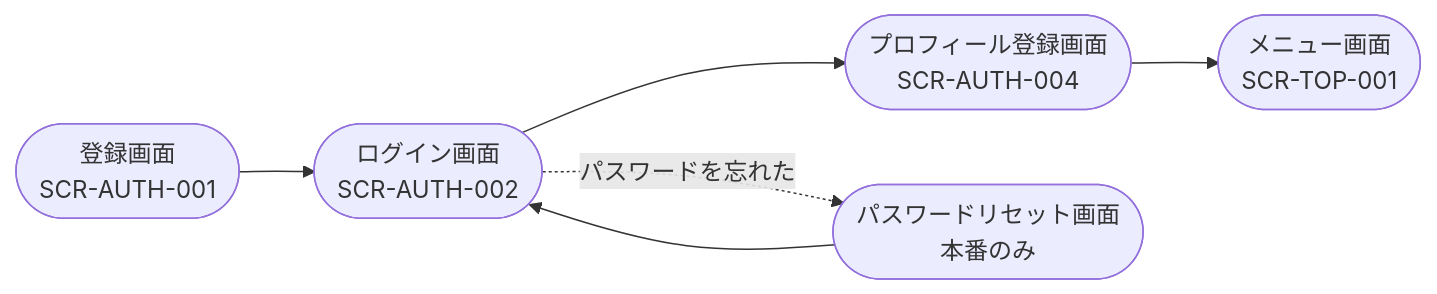
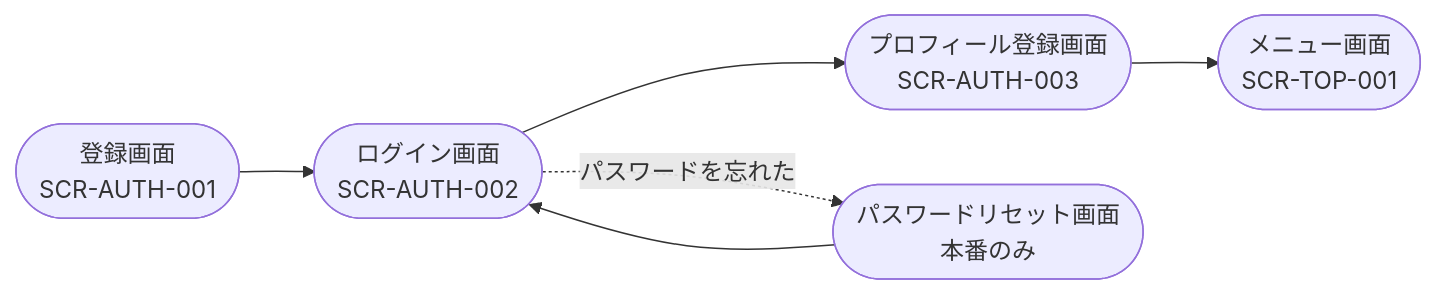
Before and after one commit to Masahiro335/fambiz-prototype: the first of 9 diagrams in docs/design/diagrams/screen-transition.md, drawn with Mermaid. The commit also changed other lines of this file and 2 other files, not shown here.

````diff
--- a/docs/design/diagrams/screen-transition.md
+++ b/docs/design/diagrams/screen-transition.md
@@ -17,8 +17,8 @@
 ```mermaid
 flowchart LR
     A([登録画面\nSCR-AUTH-001]) --> B([ログイン画面\nSCR-AUTH-002])
-    B --> C([プロフィール登録画面\nSCR-AUTH-004])
+    B --> C([プロフィール登録画面\nSCR-AUTH-003])
     C --> D([メニュー画面\nSCR-TOP-001])
     B -.->|パスワードを忘れた| E([パスワードリセット画面\n本番のみ])
     E --> B
 ```
````
